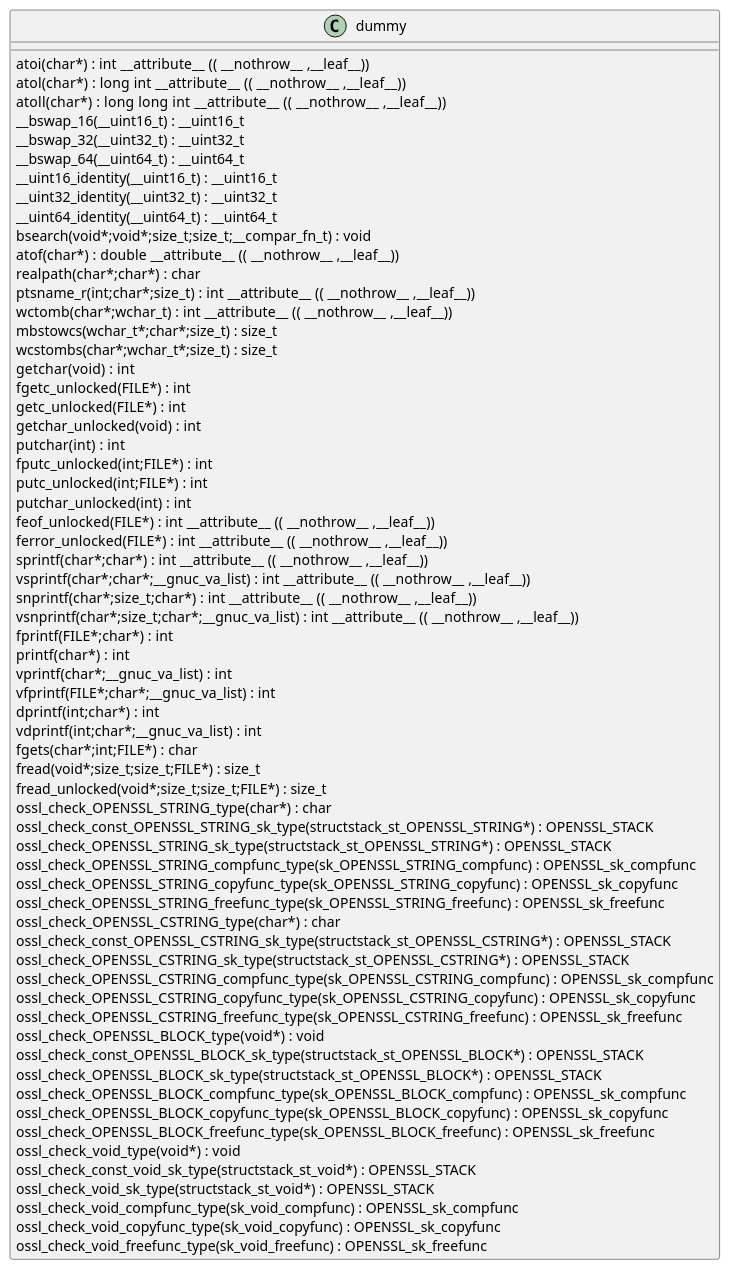
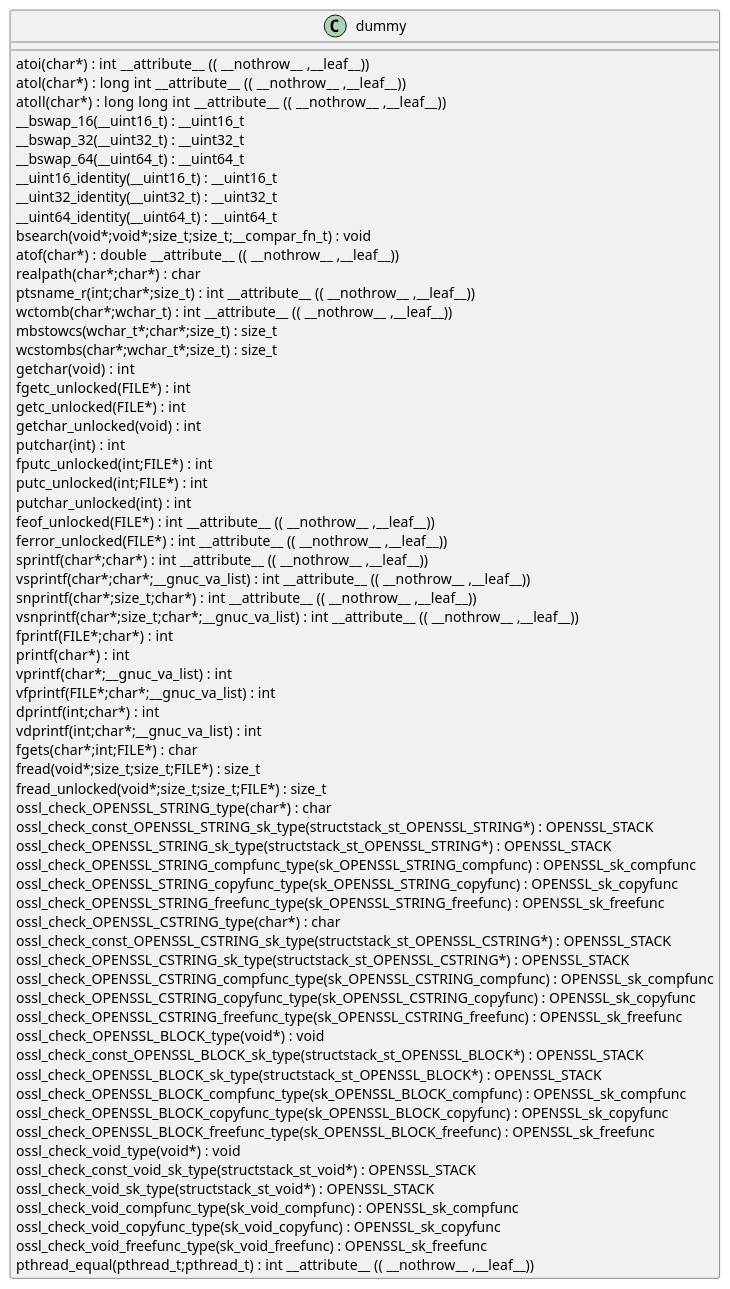
One commit to qualitesys/openssl changed the diagram in docs/qc/apps/pkeyutl.c.puml. Above: the diagram before and after it, drawn with PlantUML. The commit also changed 4989 other files, not shown here.

```diff
--- a/docs/qc/apps/pkeyutl.c.puml
+++ b/docs/qc/apps/pkeyutl.c.puml
@@ -1,68 +1,69 @@
 @startuml
 !pragma layout smetana
 class dummy {
 atoi(char*) :  int  __attribute__ (( __nothrow__ ,__leaf__)) [[[./../.././qc/apps/pkeyutl.c.html#503]]]
 atol(char*) :  long  int  __attribute__ (( __nothrow__ ,__leaf__)) [[[./../.././qc/apps/pkeyutl.c.html#508]]]
 atoll(char*) :  long  long  int  __attribute__ (( __nothrow__ ,__leaf__)) [[[./../.././qc/apps/pkeyutl.c.html#515]]]
 __bswap_16(__uint16_t) : __uint16_t [[[./../.././qc/apps/pkeyutl.c.html#677]]]
 __bswap_32(__uint32_t) : __uint32_t [[[./../.././qc/apps/pkeyutl.c.html#692]]]
 __bswap_64(__uint64_t) : __uint64_t [[[./../.././qc/apps/pkeyutl.c.html#702]]]
 __uint16_identity(__uint16_t) : __uint16_t [[[./../.././qc/apps/pkeyutl.c.html#714]]]
 __uint32_identity(__uint32_t) : __uint32_t [[[./../.././qc/apps/pkeyutl.c.html#720]]]
 __uint64_identity(__uint64_t) : __uint64_t [[[./../.././qc/apps/pkeyutl.c.html#726]]]
 bsearch(void*;void*;size_t;size_t;__compar_fn_t) :  void  [[[./../.././qc/apps/pkeyutl.c.html#1394]]]
 atof(char*) :  double  __attribute__ (( __nothrow__ ,__leaf__)) [[[./../.././qc/apps/pkeyutl.c.html#20003]]]
 realpath(char*;char*) :  char  [[[./../.././qc/apps/pkeyutl.c.html#1]]]
 ptsname_r(int;char*;size_t) :  int  __attribute__ (( __nothrow__ ,__leaf__)) [[[./../.././qc/apps/pkeyutl.c.html#1]]]
 wctomb(char*;wchar_t) :  int  __attribute__ (( __nothrow__ ,__leaf__)) [[[./../.././qc/apps/pkeyutl.c.html#1]]]
 mbstowcs(wchar_t*;char*;size_t) : size_t [[[./../.././qc/apps/pkeyutl.c.html#1]]]
 wcstombs(char*;wchar_t*;size_t) : size_t [[[./../.././qc/apps/pkeyutl.c.html#1]]]
 getchar(void) :  int  [[[./../.././qc/apps/pkeyutl.c.html#1]]]
 fgetc_unlocked(FILE*) :  int  [[[./../.././qc/apps/pkeyutl.c.html#1]]]
 getc_unlocked(FILE*) :  int  [[[./../.././qc/apps/pkeyutl.c.html#1]]]
 getchar_unlocked(void) :  int  [[[./../.././qc/apps/pkeyutl.c.html#1]]]
 putchar(int) :  int  [[[./../.././qc/apps/pkeyutl.c.html#1]]]
 fputc_unlocked(int;FILE*) :  int  [[[./../.././qc/apps/pkeyutl.c.html#1]]]
 putc_unlocked(int;FILE*) :  int  [[[./../.././qc/apps/pkeyutl.c.html#1]]]
 putchar_unlocked(int) :  int  [[[./../.././qc/apps/pkeyutl.c.html#1]]]
 feof_unlocked(FILE*) :  int  __attribute__ (( __nothrow__ ,__leaf__)) [[[./../.././qc/apps/pkeyutl.c.html#1]]]
 ferror_unlocked(FILE*) :  int  __attribute__ (( __nothrow__ ,__leaf__)) [[[./../.././qc/apps/pkeyutl.c.html#1]]]
 sprintf(char*;char*) :  int  __attribute__ (( __nothrow__ ,__leaf__)) [[[./../.././qc/apps/pkeyutl.c.html#1]]]
 vsprintf(char*;char*;__gnuc_va_list) :  int  __attribute__ (( __nothrow__ ,__leaf__)) [[[./../.././qc/apps/pkeyutl.c.html#1]]]
 snprintf(char*;size_t;char*) :  int  __attribute__ (( __nothrow__ ,__leaf__)) [[[./../.././qc/apps/pkeyutl.c.html#1]]]
 vsnprintf(char*;size_t;char*;__gnuc_va_list) :  int  __attribute__ (( __nothrow__ ,__leaf__)) [[[./../.././qc/apps/pkeyutl.c.html#1]]]
 fprintf(FILE*;char*) :  int  [[[./../.././qc/apps/pkeyutl.c.html#1]]]
 printf(char*) :  int  [[[./../.././qc/apps/pkeyutl.c.html#1]]]
 vprintf(char*;__gnuc_va_list) :  int  [[[./../.././qc/apps/pkeyutl.c.html#1]]]
 vfprintf(FILE*;char*;__gnuc_va_list) :  int  [[[./../.././qc/apps/pkeyutl.c.html#1]]]
 dprintf(int;char*) :  int  [[[./../.././qc/apps/pkeyutl.c.html#1]]]
 vdprintf(int;char*;__gnuc_va_list) :  int  [[[./../.././qc/apps/pkeyutl.c.html#1]]]
 fgets(char*;int;FILE*) :  char  [[[./../.././qc/apps/pkeyutl.c.html#1]]]
 fread(void*;size_t;size_t;FILE*) : size_t [[[./../.././qc/apps/pkeyutl.c.html#1]]]
 fread_unlocked(void*;size_t;size_t;FILE*) : size_t [[[./../.././qc/apps/pkeyutl.c.html#1]]]
 ossl_check_OPENSSL_STRING_type(char*) :  char  [[[./../.././qc/apps/pkeyutl.c.html#1]]]
 ossl_check_const_OPENSSL_STRING_sk_type(structstack_st_OPENSSL_STRING*) : OPENSSL_STACK [[[./../.././qc/apps/pkeyutl.c.html#1]]]
 ossl_check_OPENSSL_STRING_sk_type(structstack_st_OPENSSL_STRING*) : OPENSSL_STACK [[[./../.././qc/apps/pkeyutl.c.html#1]]]
 ossl_check_OPENSSL_STRING_compfunc_type(sk_OPENSSL_STRING_compfunc) : OPENSSL_sk_compfunc [[[./../.././qc/apps/pkeyutl.c.html#1]]]
 ossl_check_OPENSSL_STRING_copyfunc_type(sk_OPENSSL_STRING_copyfunc) : OPENSSL_sk_copyfunc [[[./../.././qc/apps/pkeyutl.c.html#1]]]
 ossl_check_OPENSSL_STRING_freefunc_type(sk_OPENSSL_STRING_freefunc) : OPENSSL_sk_freefunc [[[./../.././qc/apps/pkeyutl.c.html#1]]]
 ossl_check_OPENSSL_CSTRING_type(char*) :  char  [[[./../.././qc/apps/pkeyutl.c.html#1]]]
 ossl_check_const_OPENSSL_CSTRING_sk_type(structstack_st_OPENSSL_CSTRING*) : OPENSSL_STACK [[[./../.././qc/apps/pkeyutl.c.html#1]]]
 ossl_check_OPENSSL_CSTRING_sk_type(structstack_st_OPENSSL_CSTRING*) : OPENSSL_STACK [[[./../.././qc/apps/pkeyutl.c.html#1]]]
 ossl_check_OPENSSL_CSTRING_compfunc_type(sk_OPENSSL_CSTRING_compfunc) : OPENSSL_sk_compfunc [[[./../.././qc/apps/pkeyutl.c.html#1]]]
 ossl_check_OPENSSL_CSTRING_copyfunc_type(sk_OPENSSL_CSTRING_copyfunc) : OPENSSL_sk_copyfunc [[[./../.././qc/apps/pkeyutl.c.html#1]]]
 ossl_check_OPENSSL_CSTRING_freefunc_type(sk_OPENSSL_CSTRING_freefunc) : OPENSSL_sk_freefunc [[[./../.././qc/apps/pkeyutl.c.html#1]]]
 ossl_check_OPENSSL_BLOCK_type(void*) :  void  [[[./../.././qc/apps/pkeyutl.c.html#1]]]
 ossl_check_const_OPENSSL_BLOCK_sk_type(structstack_st_OPENSSL_BLOCK*) : OPENSSL_STACK [[[./../.././qc/apps/pkeyutl.c.html#1]]]
 ossl_check_OPENSSL_BLOCK_sk_type(structstack_st_OPENSSL_BLOCK*) : OPENSSL_STACK [[[./../.././qc/apps/pkeyutl.c.html#1]]]
 ossl_check_OPENSSL_BLOCK_compfunc_type(sk_OPENSSL_BLOCK_compfunc) : OPENSSL_sk_compfunc [[[./../.././qc/apps/pkeyutl.c.html#1]]]
 ossl_check_OPENSSL_BLOCK_copyfunc_type(sk_OPENSSL_BLOCK_copyfunc) : OPENSSL_sk_copyfunc [[[./../.././qc/apps/pkeyutl.c.html#1]]]
 ossl_check_OPENSSL_BLOCK_freefunc_type(sk_OPENSSL_BLOCK_freefunc) : OPENSSL_sk_freefunc [[[./../.././qc/apps/pkeyutl.c.html#1]]]
 ossl_check_void_type(void*) :  void  [[[./../.././qc/apps/pkeyutl.c.html#1]]]
 ossl_check_const_void_sk_type(structstack_st_void*) : OPENSSL_STACK [[[./../.././qc/apps/pkeyutl.c.html#1]]]
 ossl_check_void_sk_type(structstack_st_void*) : OPENSSL_STACK [[[./../.././qc/apps/pkeyutl.c.html#1]]]
 ossl_check_void_compfunc_type(sk_void_compfunc) : OPENSSL_sk_compfunc [[[./../.././qc/apps/pkeyutl.c.html#1]]]
 ossl_check_void_copyfunc_type(sk_void_copyfunc) : OPENSSL_sk_copyfunc [[[./../.././qc/apps/pkeyutl.c.html#1]]]
 ossl_check_void_freefunc_type(sk_void_freefunc) : OPENSSL_sk_freefunc [[[./../.././qc/apps/pkeyutl.c.html#1]]]
+pthread_equal(pthread_t;pthread_t) :  int  __attribute__ (( __nothrow__ ,__leaf__)) [[[./../.././qc/apps/pkeyutl.c.html#1]]]
 } 
 @enduml
```
